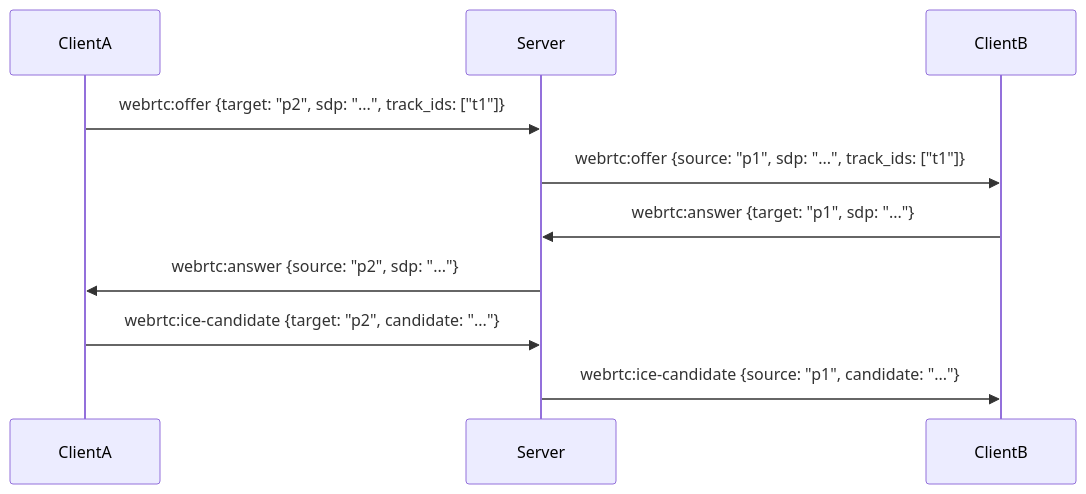
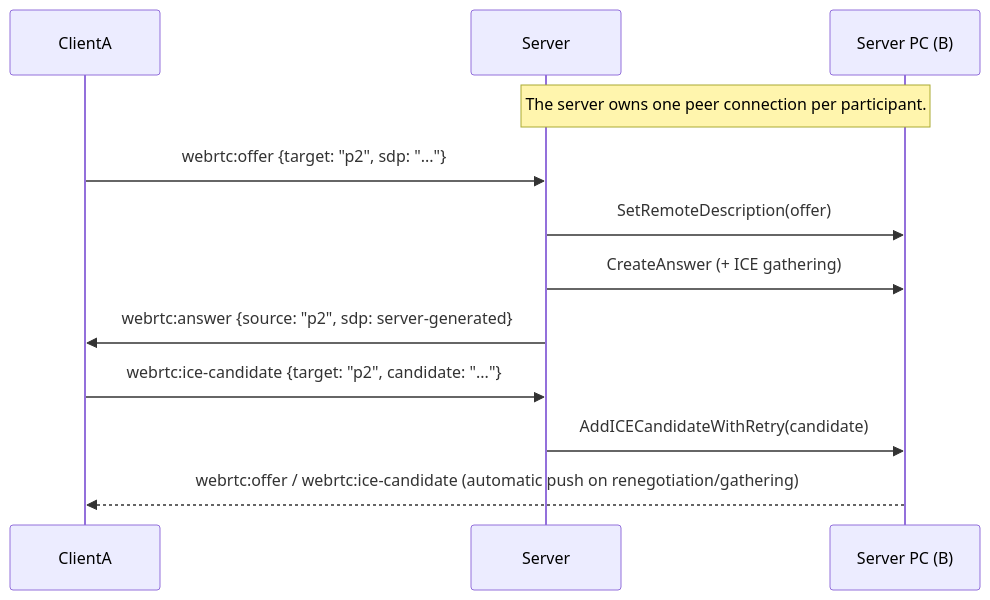
The second of 2 diagrams in docs/signaling-protocol.md (sajadbayatani/slive), drawn with Mermaid before and after one commit. The commit also changed other lines of this file and 8 other files, not shown here.

````diff
--- a/docs/signaling-protocol.md
+++ b/docs/signaling-protocol.md
@@ -542,13 +550,15 @@
 ```mermaid
 sequenceDiagram
     participant ClientA
     participant Server
-    participant ClientB
+    participant PCB as Server PC (B)
 
-    ClientA->>Server: webrtc:offer {target: "p2", sdp: "...", track_ids: ["t1"]}
-    Server->>ClientB: webrtc:offer {source: "p1", sdp: "...", track_ids: ["t1"]}
-    ClientB->>Server: webrtc:answer {target: "p1", sdp: "..."}
-    Server->>ClientA: webrtc:answer {source: "p2", sdp: "..."}
+    Note over Server,PCB: The server owns one peer connection per participant.
+    ClientA->>Server: webrtc:offer {target: "p2", sdp: "..."}
+    Server->>PCB: SetRemoteDescription(offer)
+    Server->>PCB: CreateAnswer (+ ICE gathering)
+    Server->>ClientA: webrtc:answer {source: "p2", sdp: server-generated}
     ClientA->>Server: webrtc:ice-candidate {target: "p2", candidate: "..."}
-    Server->>ClientB: webrtc:ice-candidate {source: "p1", candidate: "..."}
+    Server->>PCB: AddICECandidateWithRetry(candidate)
+    PCB-->>ClientA: webrtc:offer / webrtc:ice-candidate (automatic push on renegotiation/gathering)
 ```
````
